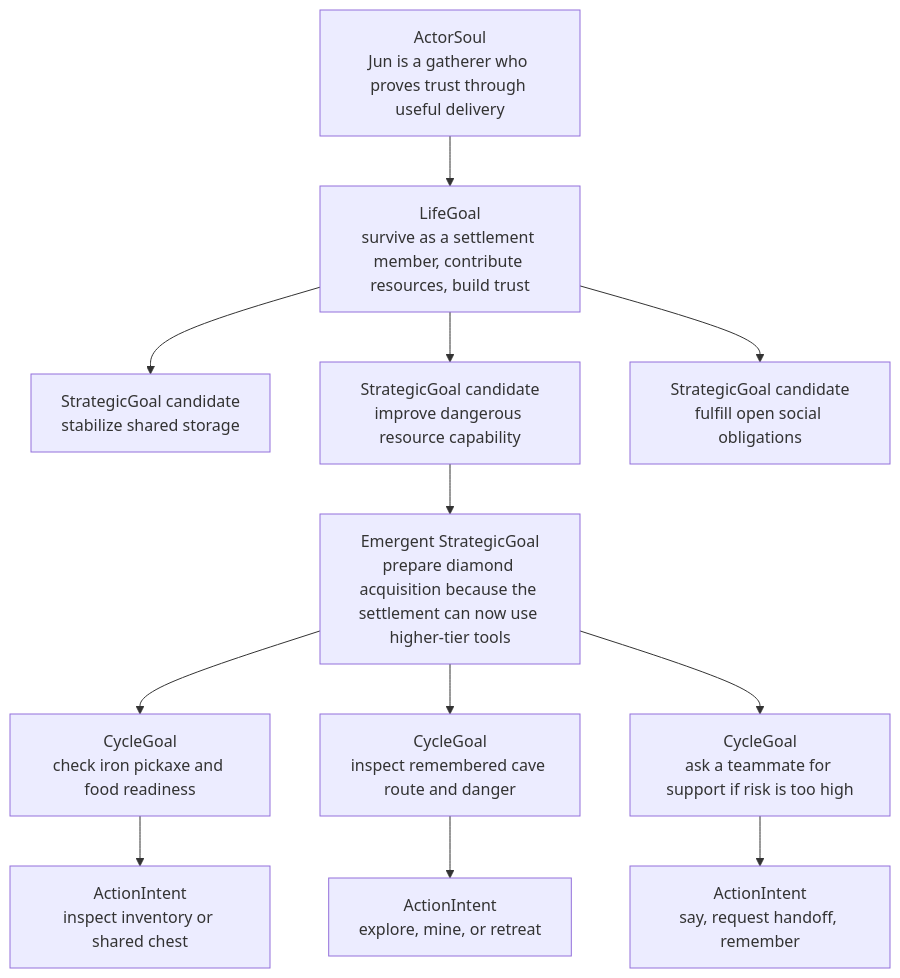
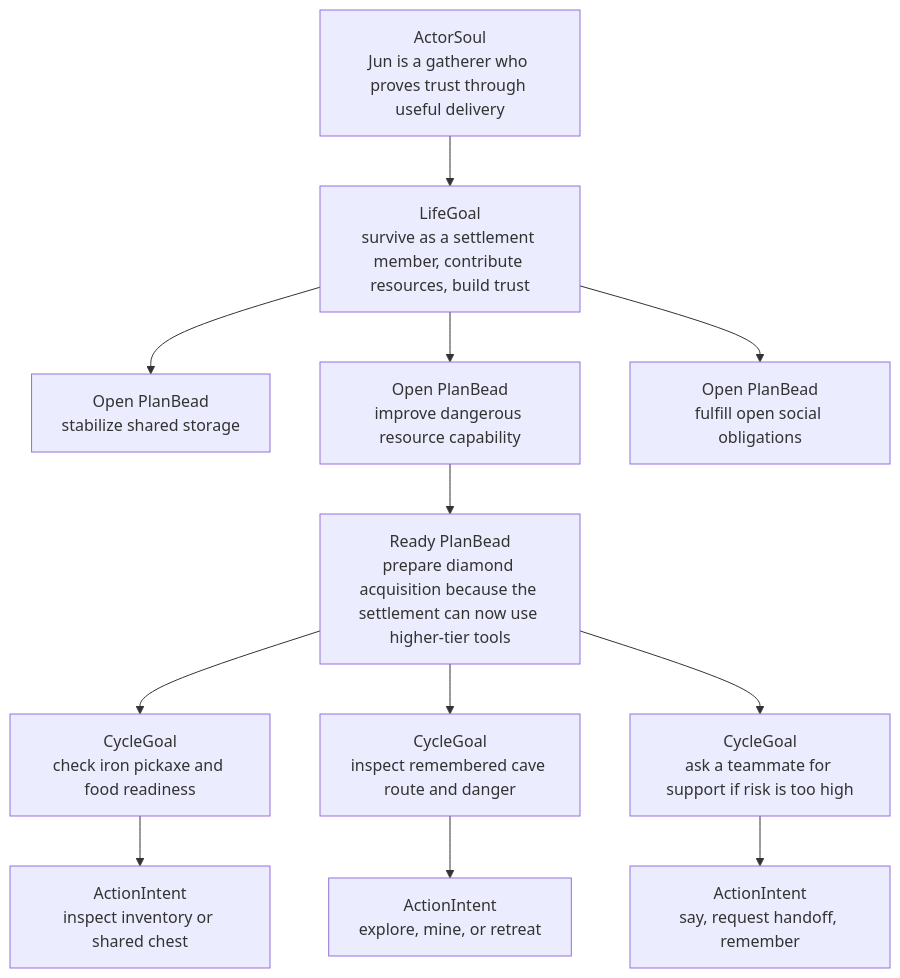
The second of 2 diagrams in docs/blog-doc/Architecture/Soul-Life-Goal-Runtime-Architecture.md (gigio1023/minecraft-llm-agent-community), drawn with Mermaid before and after one commit. The commit also changed other lines of this file and 8 other files, not shown here.

Commit message:
Align PlanBeads with issue graph model

````diff
--- a/docs/blog-doc/Architecture/Soul-Life-Goal-Runtime-Architecture.md
+++ b/docs/blog-doc/Architecture/Soul-Life-Goal-Runtime-Architecture.md
@@ -361,14 +370,14 @@
 ```mermaid
 flowchart TB
   A["ActorSoul<br/>Jun is a gatherer who proves trust through useful delivery"] --> B["LifeGoal<br/>survive as a settlement member, contribute resources, build trust"]
-  B --> C1["StrategicGoal candidate<br/>stabilize shared storage"]
-  B --> C2["StrategicGoal candidate<br/>improve dangerous resource capability"]
-  B --> C3["StrategicGoal candidate<br/>fulfill open social obligations"]
-  C2 --> D["Emergent StrategicGoal<br/>prepare diamond acquisition because the settlement can now use higher-tier tools"]
+  B --> C1["Open PlanBead<br/>stabilize shared storage"]
+  B --> C2["Open PlanBead<br/>improve dangerous resource capability"]
+  B --> C3["Open PlanBead<br/>fulfill open social obligations"]
+  C2 --> D["Ready PlanBead<br/>prepare diamond acquisition because the settlement can now use higher-tier tools"]
   D --> E1["CycleGoal<br/>check iron pickaxe and food readiness"]
   D --> E2["CycleGoal<br/>inspect remembered cave route and danger"]
   D --> E3["CycleGoal<br/>ask a teammate for support if risk is too high"]
   E1 --> F["ActionIntent<br/>inspect inventory or shared chest"]
   E2 --> G["ActionIntent<br/>explore, mine, or retreat"]
   E3 --> H["ActionIntent<br/>say, request handoff, remember"]
 ```
````
